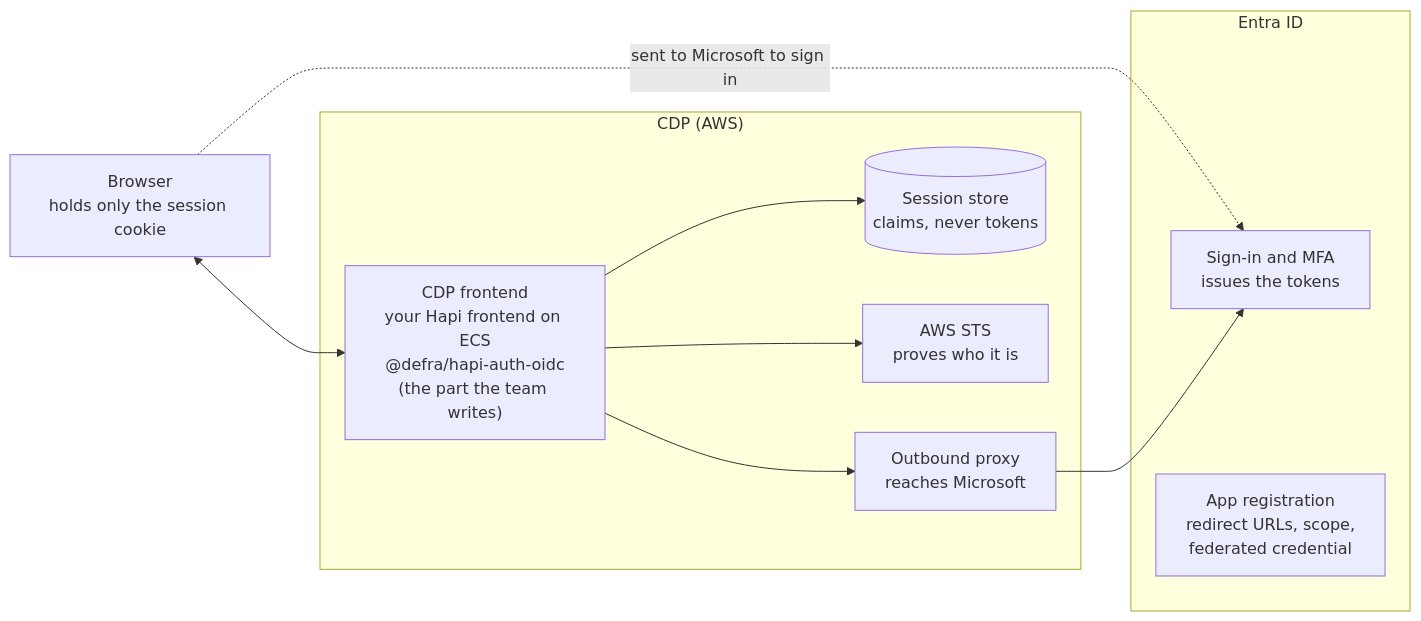
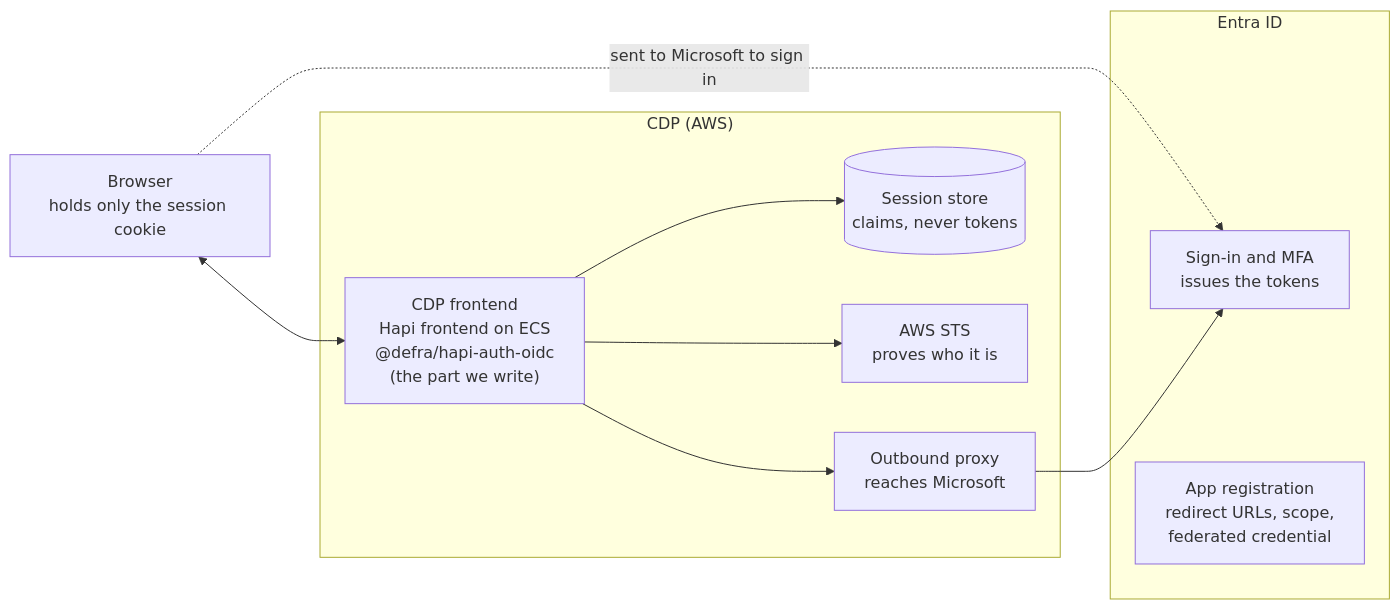
The first of 2 diagrams in hld/Entra-ID-sign-in-CDP-high-level-design.md (DEFRA/epr-regulator-login-poc-frontend), drawn with Mermaid before and after one commit. The commit also changed other lines of this file, not shown here.

First line of the commit message:
Revise high-level design for Entra ID sign-in on CDP

````diff
--- a/hld/Entra-ID-sign-in-CDP-high-level-design.md
+++ b/hld/Entra-ID-sign-in-CDP-high-level-design.md
@@ -32,19 +47,19 @@
 ```mermaid
 flowchart LR
     B["Browser<br/>holds only the session cookie"] <--> FE
     subgraph CDP["CDP (AWS)"]
-        FE["CDP frontend<br/>your Hapi frontend on ECS<br/>@defra/hapi-auth-oidc<br/>(the part the team writes)"]
+        FE["CDP frontend<br/>Hapi frontend on ECS<br/>@defra/hapi-auth-oidc<br/>(the part we write)"]
         SS[("Session store<br/>claims, never tokens")]
         STS["AWS STS<br/>proves who it is"]
         P["Outbound proxy<br/>reaches Microsoft"]
         FE --> SS
         FE --> STS
         FE --> P
     end
     subgraph E["Entra ID"]
         SI["Sign-in and MFA<br/>issues the tokens"]
         AR["App registration<br/>redirect URLs, scope,<br/>federated credential"]
     end
     B -. "sent to Microsoft to sign in" .-> SI
     P --> SI
 ```
````
